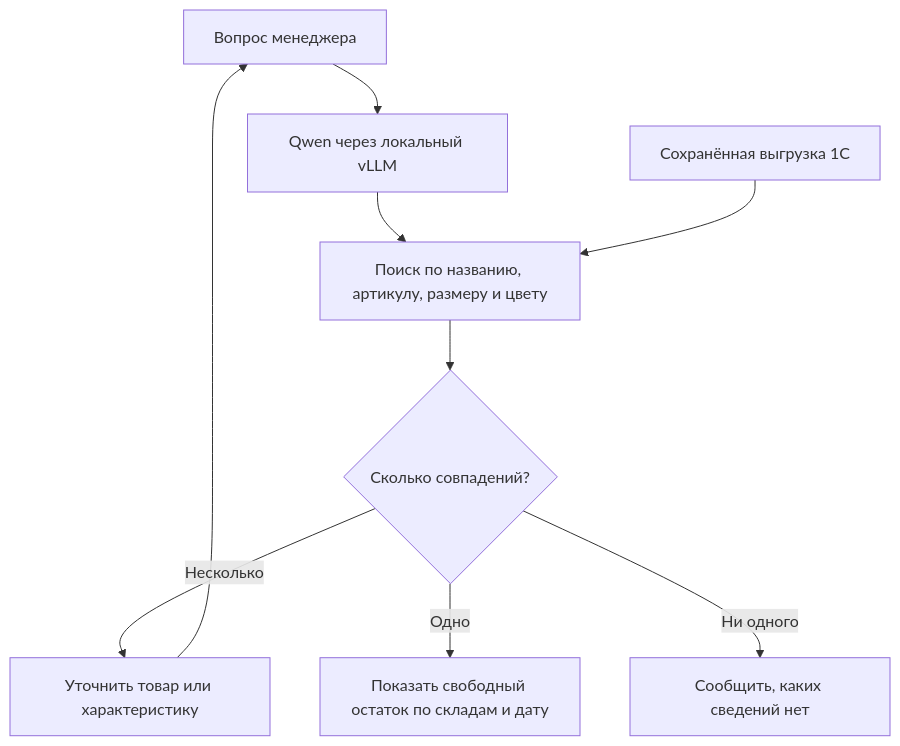
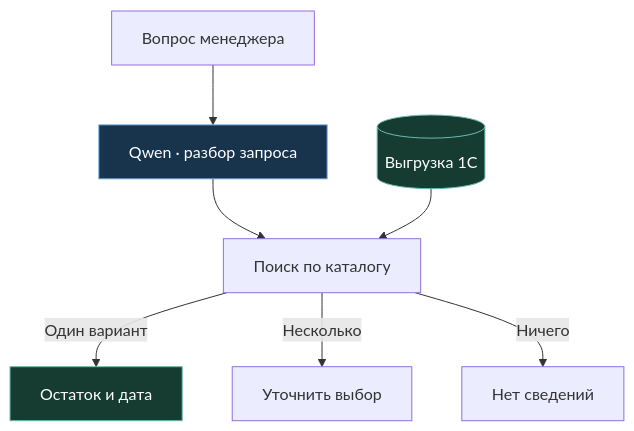
Before and after one commit to sayomiyori/hardpro-corner: the diagram in README.md, drawn with Mermaid.

Commit message:
Схему поиска в README стало проще читать
В браузере длинная обратная стрелка мешала читать схему поиска. Убрали её и укоротили подписи. Теперь стадии поиска и три возможных результата видны вместе, а модель и источник остатков различаются по цвету.

````diff
--- a/README.md
+++ b/README.md
@@ -28,11 +28,13 @@
 ```mermaid
 flowchart TD
-    Q["Вопрос менеджера"] --> M["Qwen через локальный vLLM"]
-    M --> P["Поиск по названию, артикулу, размеру и цвету"]
-    S["Сохранённая выгрузка 1С"] --> P
-    P --> C{"Сколько совпадений?"}
-    C -->|"Несколько"| U["Уточнить товар или характеристику"]
-    U --> Q
-    C -->|"Одно"| A["Показать свободный остаток по складам и дату"]
-    C -->|"Ни одного"| N["Сообщить, каких сведений нет"]
+    Q["Вопрос менеджера"] --> M["Qwen · разбор запроса"]
+    M --> P["Поиск по каталогу"]
+    S[("Выгрузка 1С")] --> P
+    P -->|"Один вариант"| A["Остаток и дата"]
+    P -->|"Несколько"| U["Уточнить выбор"]
+    P -->|"Ничего"| N["Нет сведений"]
+    classDef model fill:#18344d,stroke:#72afe0,color:#ffffff
+    classDef source fill:#163c32,stroke:#6ebab0,color:#ffffff
+    class M model
+    class S,A source
 ```
````
